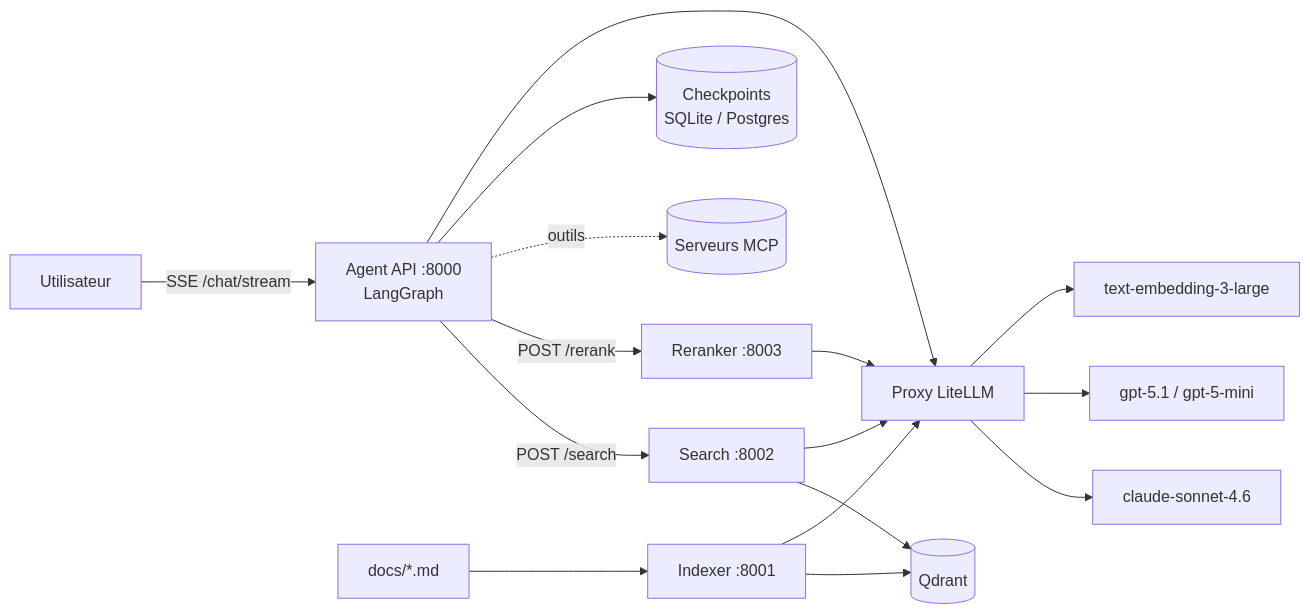
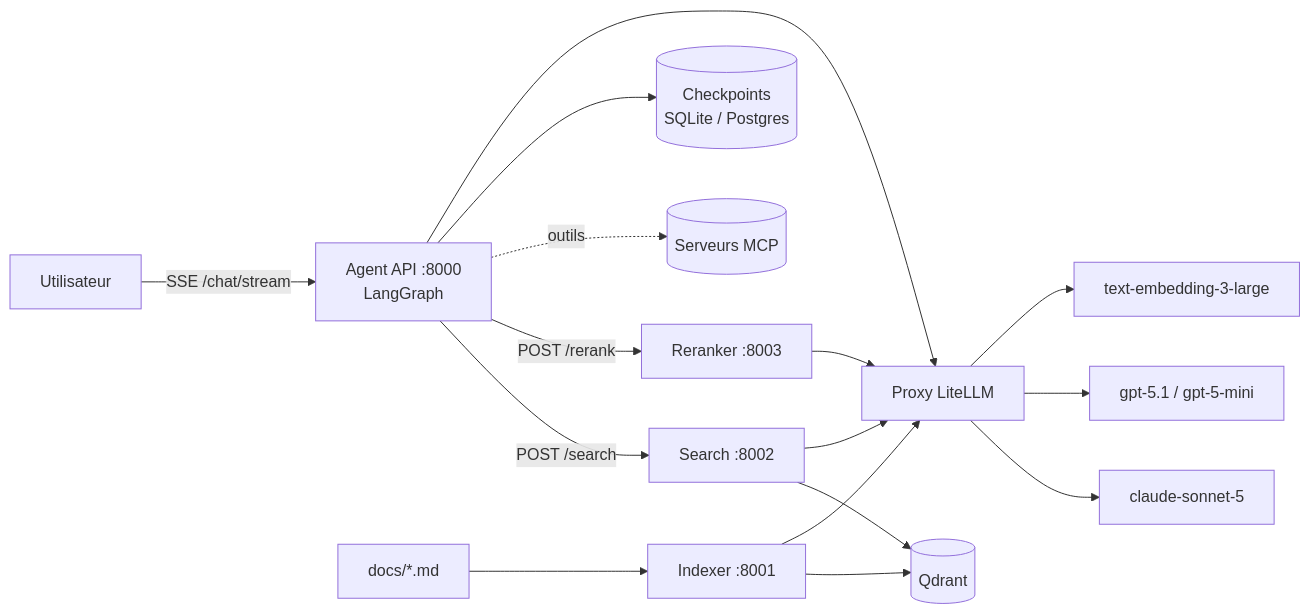
One commit to Sontsa1998/final_o2s-assistant changed the first of 2 diagrams in README.md. Above: the diagram before and after it, drawn with Mermaid. The commit also changed other lines of this file and 35 other files, not shown here.

````diff
--- a/README.md
+++ b/README.md
@@ -24,15 +24,15 @@
 ```mermaid
 flowchart LR
     U[Utilisateur] -->|SSE /chat/stream| AG[Agent API :8000<br/>LangGraph]
     AG -->|POST /search| SE[Search :8002]
     AG -->|POST /rerank| RR[Reranker :8003]
     AG -.->|outils| MCP[(Serveurs MCP)]
     AG --> CK[(Checkpoints<br/>SQLite / Postgres)]
     SE --> Q[(Qdrant)]
     IX[Indexer :8001] --> Q
     D[docs/*.md] --> IX
     AG & SE & RR & IX --> L[Proxy LiteLLM]
-    L --> C[claude-sonnet-4.6]
+    L --> C[claude-sonnet-5]
     L --> G[gpt-5.1 / gpt-5-mini]
     L --> E[text-embedding-3-large]
 ```
````
